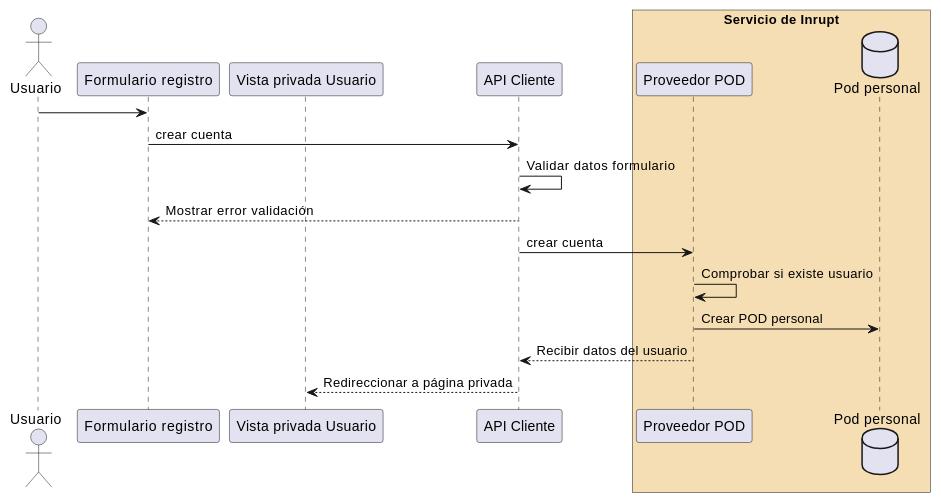
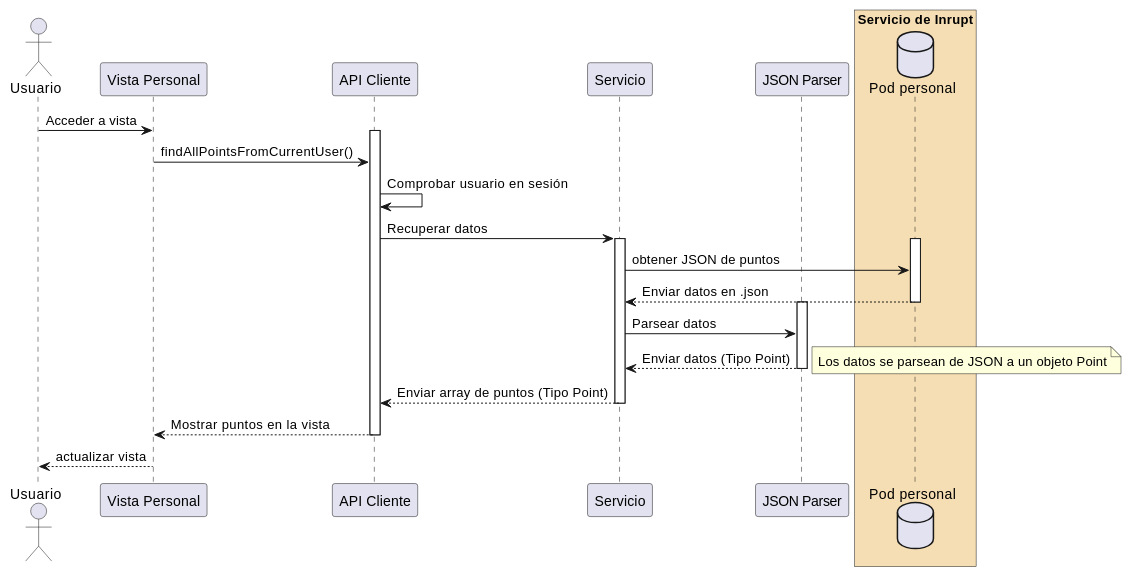
The seventh of 8 diagrams in docs/06_runtime_view.adoc (Arquisoft/lomap_es5a), drawn with PlantUML before and after one commit. The commit also changed other lines of this file and 5 other files, not shown here.

```diff
--- a/docs/06_runtime_view.adoc
+++ b/docs/06_runtime_view.adoc
@@ -151,22 +182,42 @@
 [plantuml,"runtime-6-3-2", svg]
 ----
 actor Usuario
-participant form as "Formulario registro"
-participant personal as "Vista privada Usuario"
-participant Api as "API Cliente"
+participant personal as "Vista Personal"
+participant api as "API Cliente"
+participant servicio as "Servicio"
+participant parser as "JSON Parser"
 
 box "Servicio de Inrupt" #wheat
-participant Inrupt as "Proveedor POD"
-database Pod as "Pod personal"
+database pod as "Pod personal"
 end box
 
-Usuario -> form:
-form  -> Api: crear cuenta
-Api -> Api: Validar datos formulario
-Api --> form: Mostrar error validación
-Api -> Inrupt: crear cuenta
-Inrupt -> Inrupt: Comprobar si existe usuario
-Inrupt -> Pod: Crear POD personal
-Inrupt --> Api: Recibir datos del usuario
-Api --> personal: Redireccionar a página privada 
+Usuario -> personal: Acceder a vista
+activate api
+personal -> api: findAllPointsFromCurrentUser()
+api -> api: Comprobar usuario en sesión
+api -> servicio: Recuperar datos
+
+activate servicio
+activate pod
+servicio -> pod: obtener JSON de puntos
+pod --> servicio: Enviar datos en .json
+deactivate pod
+
+activate parser
+servicio -> parser: Parsear datos
+parser --> servicio: Enviar datos (Tipo Point)
+note right
+Los datos se parsean de JSON a un objeto Point
+end note
+deactivate parser 
+
+servicio --> api: Enviar array de puntos (Tipo Point)
+
+deactivate servicio
+
+api --> personal: Mostrar puntos en la vista
+deactivate api
+
+personal --> Usuario: actualizar vista
+
 ----
```
